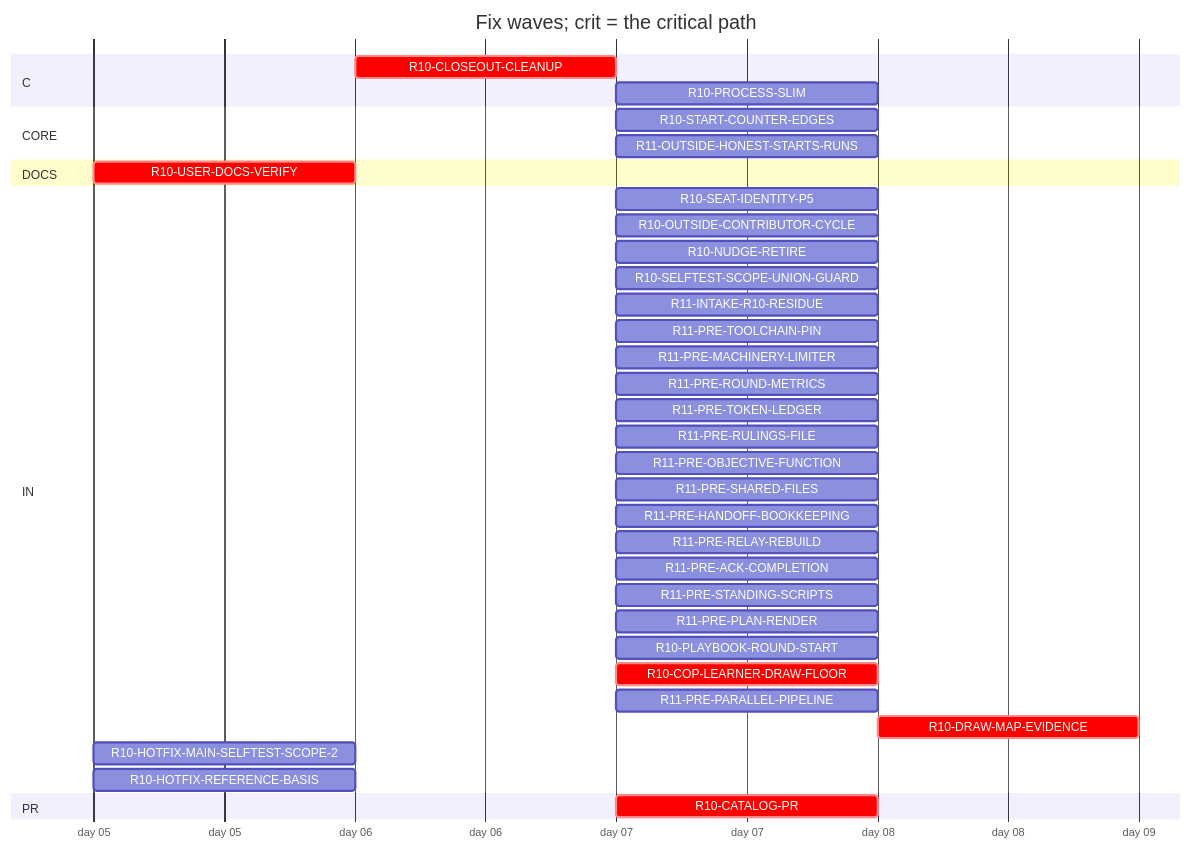
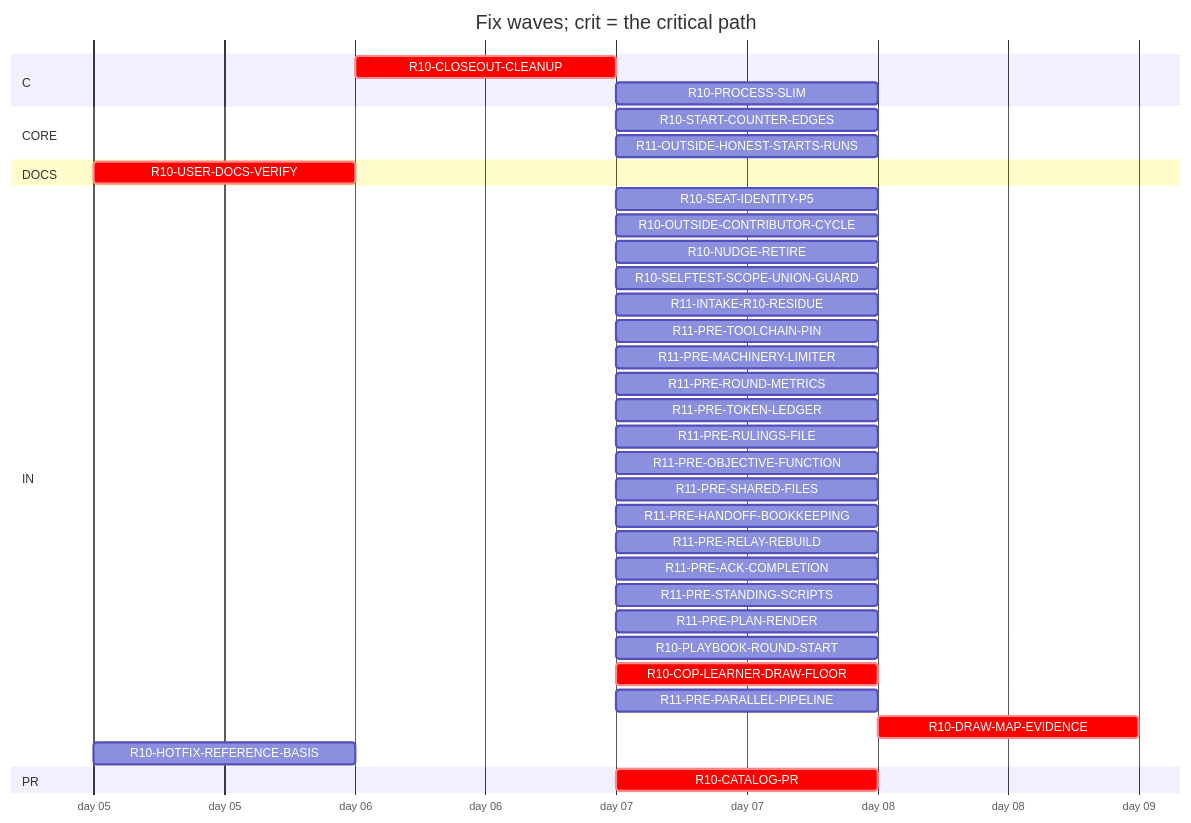
Before and after one commit to tvofi/heatpump_optimizer: the diagram in handoff/round10/state/PLAN-TABLE.md, drawn with Mermaid. The commit also changed other lines of this file and 3 other files, not shown here.

Commit message:
state: FLOW-BOARD.md, NEXT-SESSION-PROMPT.md, PLAN-TABLE.md, RESUME-CURRENT.md regenerated (state_docs.py)

````diff
--- a/handoff/round10/state/PLAN-TABLE.md
+++ b/handoff/round10/state/PLAN-TABLE.md
@@ -18,40 +18,39 @@
 ```mermaid
 gantt
   title Fix waves; crit = the critical path
   dateFormat YYYY-MM-DD
   axisFormat day %d
   section C
     R10-CLOSEOUT-CLEANUP :crit, r10CLOSEOUTCLEANUP, after r10USERDOCSVERIFY, 1d
     R10-PROCESS-SLIM :r10PROCESSSLIM, after r10CATALOGPR, 1d
   section CORE
     R10-START-COUNTER-EDGES :r10STARTCOUNTEREDGES, after r10CATALOGPR, 1d
     R11-OUTSIDE-HONEST-STARTS-RUNS :r11OUTSIDEHONESTSTARTSRUNS, after r10CATALOGPR, 1d
   section DOCS
     R10-USER-DOCS-VERIFY :crit, r10USERDOCSVERIFY, 2026-01-05, 1d
   section IN
     R10-SEAT-IDENTITY-P5 :r10SEATIDENTITYP5, after r10CATALOGPR, 1d
     R10-OUTSIDE-CONTRIBUTOR-CYCLE :r10OUTSIDECONTRIBUTORCYCLE, after r10CATALOGPR, 1d
     R10-NUDGE-RETIRE :r10NUDGERETIRE, after r10CATALOGPR, 1d
     R10-SELFTEST-SCOPE-UNION-GUARD :r10SELFTESTSCOPEUNIONGUARD, after r10CATALOGPR, 1d
     R11-INTAKE-R10-RESIDUE :r11INTAKER10RESIDUE, after r10CATALOGPR, 1d
     R11-PRE-TOOLCHAIN-PIN :r11PRETOOLCHAINPIN, after r10CATALOGPR, 1d
     R11-PRE-MACHINERY-LIMITER :r11PREMACHINERYLIMITER, after r10CATALOGPR, 1d
     R11-PRE-ROUND-METRICS :r11PREROUNDMETRICS, after r10CATALOGPR, 1d
     R11-PRE-TOKEN-LEDGER :r11PRETOKENLEDGER, after r10CATALOGPR, 1d
     R11-PRE-RULINGS-FILE :r11PRERULINGSFILE, after r10CATALOGPR, 1d
     R11-PRE-OBJECTIVE-FUNCTION :r11PREOBJECTIVEFUNCTION, after r10CATALOGPR, 1d
     R11-PRE-SHARED-FILES :r11PRESHAREDFILES, after r10CATALOGPR, 1d
     R11-PRE-HANDOFF-BOOKKEEPING :r11PREHANDOFFBOOKKEEPING, after r10CATALOGPR, 1d
     R11-PRE-RELAY-REBUILD :r11PRERELAYREBUILD, after r10CATALOGPR, 1d
     R11-PRE-ACK-COMPLETION :r11PREACKCOMPLETION, after r10CATALOGPR, 1d
     R11-PRE-STANDING-SCRIPTS :r11PRESTANDINGSCRIPTS, after r10CATALOGPR, 1d
     R11-PRE-PLAN-RENDER :r11PREPLANRENDER, after r10CATALOGPR, 1d
     R10-PLAYBOOK-ROUND-START :r10PLAYBOOKROUNDSTART, after r10CATALOGPR, 1d
     R10-COP-LEARNER-DRAW-FLOOR :crit, r10COPLEARNERDRAWFLOOR, after r10CATALOGPR, 1d
     R11-PRE-PARALLEL-PIPELINE :r11PREPARALLELPIPELINE, after r10CATALOGPR, 1d
     R10-DRAW-MAP-EVIDENCE :crit, r10DRAWMAPEVIDENCE, after r10COPLEARNERDRAWFLOOR r10CATALOGPR, 1d
-    R10-HOTFIX-MAIN-SELFTEST-SCOPE-2 :r10HOTFIXMAINSELFTESTSCOPE2, 2026-01-05, 1d
     R10-HOTFIX-REFERENCE-BASIS :r10HOTFIXREFERENCEBASIS, 2026-01-05, 1d
   section PR
     R10-CATALOG-PR :crit, r10CATALOGPR, after r10USERDOCSVERIFY r10CLOSEOUTCLEANUP, 1d
 ```
````
